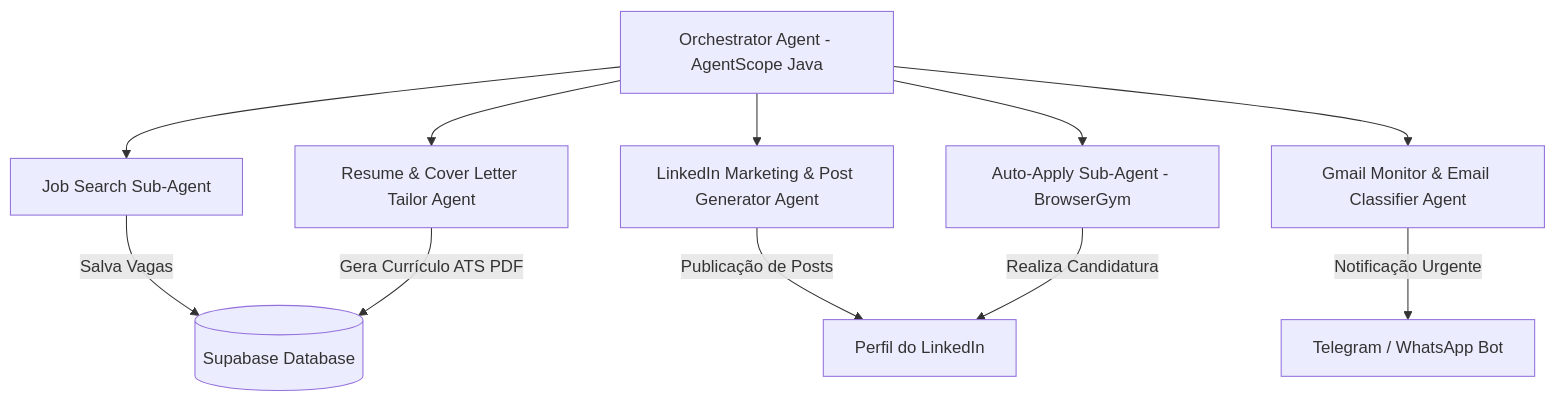
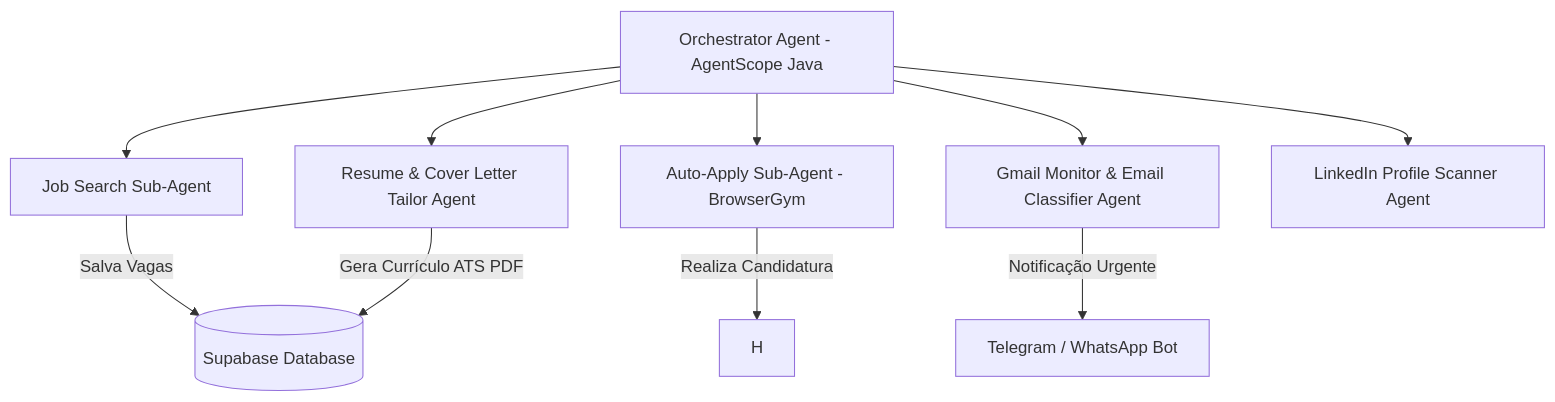
One commit to enzo-playboy/linkpro changed the diagram in specs/prd-linkedin-job-automator.md. Above: the diagram before and after it, drawn with Mermaid. The commit also changed other lines of this file and 33 other files, not shown here.

````diff
--- a/specs/prd-linkedin-job-automator.md
+++ b/specs/prd-linkedin-job-automator.md
@@ -20,14 +19,13 @@
 ```mermaid
 graph TD
     A[Orchestrator Agent - AgentScope Java] --> B[Job Search Sub-Agent]
     A --> C[Resume & Cover Letter Tailor Agent]
     A --> D[Auto-Apply Sub-Agent - BrowserGym]
     A --> E[Gmail Monitor & Email Classifier Agent]
-    A --> F[LinkedIn Marketing & Post Generator Agent]
+    A --> J[LinkedIn Profile Scanner Agent]
     
     E -->|Notificação Urgente| G[Telegram / WhatsApp Bot]
-    F -->|Publicação de Posts| H[Perfil do LinkedIn]
     B -->|Salva Vagas| I[(Supabase Database)]
     C -->|Gera Currículo ATS PDF| I
     D -->|Realiza Candidatura| H
 ```
````
